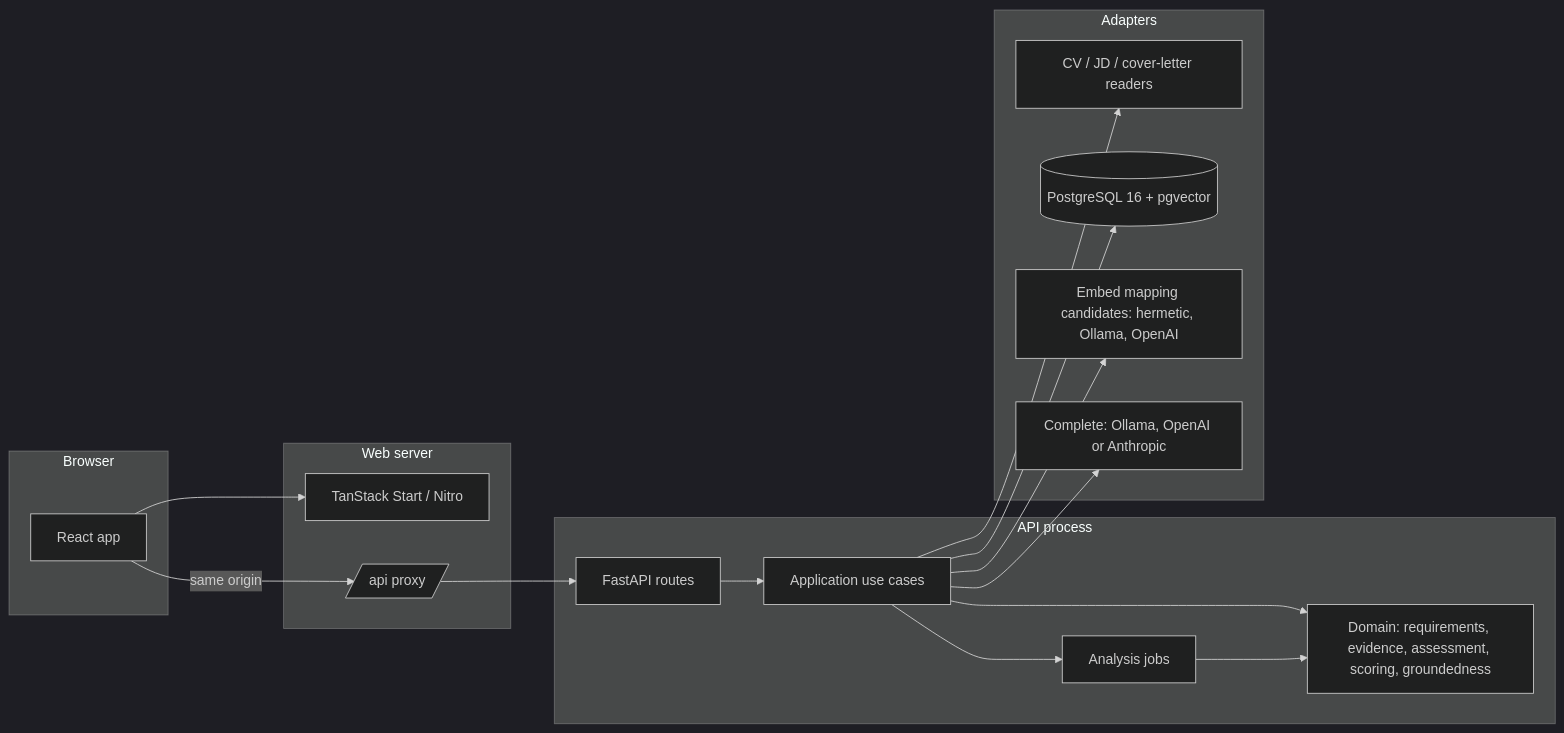
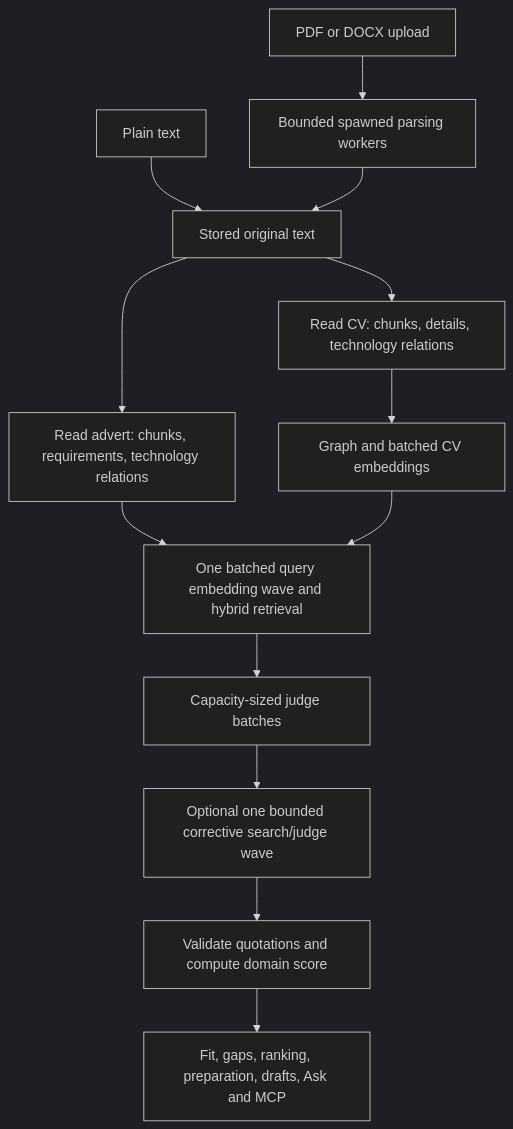
The diagram in docs/architecture.md (ArifMehmood16/career-intelligence-assistant), drawn with Mermaid (dark theme) before and after one commit. The commit also changed other lines of this file and 5 other files, not shown here.

````diff
--- a/docs/architecture.md
+++ b/docs/architecture.md
@@ -56,30 +9,15 @@
 ```mermaid
-flowchart LR
-  subgraph browser [Browser]
-    UI[React app]
-  end
-  subgraph web [Web server]
-    SSR[TanStack Start / Nitro]
-    PROXY[/api proxy/]
-  end
-  subgraph process [API process]
-    HTTP[FastAPI routes]
-    APP[Application use cases]
-    JOBS[Analysis jobs]
-    DOM[Domain: requirements, evidence, assessment, scoring, groundedness]
-    HTTP --> APP --> DOM
-    APP --> JOBS --> DOM
-  end
-  subgraph adapters [Adapters]
-    DOC[CV / JD / cover-letter readers]
-    PG[(PostgreSQL 16 + pgvector)]
-    EMB[Embed mapping candidates: hermetic, Ollama, OpenAI]
-    LLM[Complete: Ollama, OpenAI or Anthropic]
-  end
-  UI --> SSR
-  UI -->|same origin| PROXY --> HTTP
-  APP --> DOC
-  APP --> PG
-  APP --> EMB
-  APP --> LLM
+flowchart TD
+  upload[PDF or DOCX upload] --> cpu[Bounded spawned parsing workers]
+  text[Plain text] --> stored[Stored original text]
+  cpu --> stored
+  stored --> cv[Read CV: chunks, details, technology relations]
+  stored --> jd[Read advert: chunks, requirements, technology relations]
+  cv --> index[Graph and batched CV embeddings]
+  jd --> search[One batched query embedding wave and hybrid retrieval]
+  index --> search
+  search --> judge[Capacity-sized judge batches]
+  judge --> correction[Optional one bounded corrective search/judge wave]
+  correction --> score[Validate quotations and compute domain score]
+  score --> views[Fit, gaps, ranking, preparation, drafts, Ask and MCP]
 ```
````
